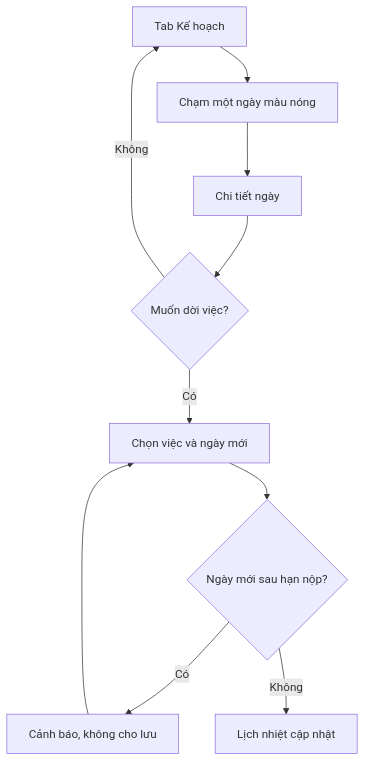
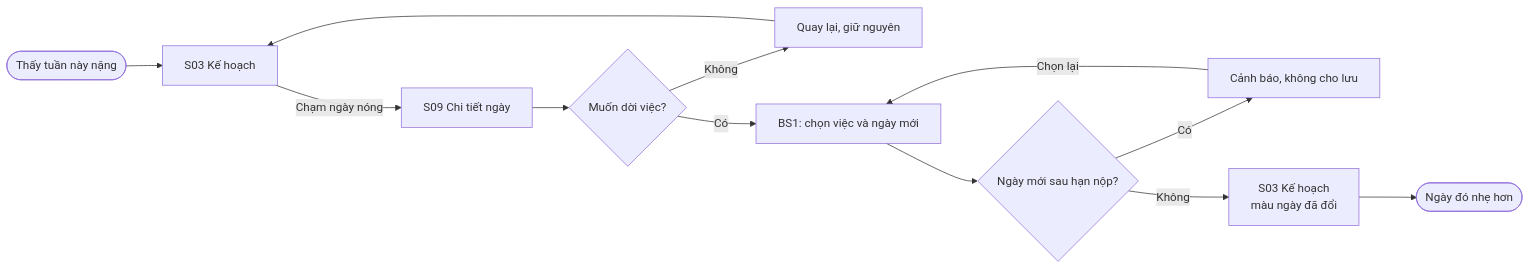
The fourth of 6 diagrams in ux/user-flow.md (FU-PRM-Projects/prm393-lab2-group9), drawn with Mermaid before and after one commit. The commit also changed other lines of this file and 7 other files, not shown here.

Commit message:
docs: sync persona, IA, design brief and handoff with Figma user flow

````diff
--- a/ux/user-flow.md
+++ b/ux/user-flow.md
@@ -56,11 +146,14 @@
 ```mermaid
-flowchart TD
-  A[Tab Kế hoạch] --> B[Chạm một ngày màu nóng]
-  B --> C[Chi tiết ngày]
-  C --> D{Muốn dời việc?}
-  D -- Không --> A
-  D -- Có --> E[Chọn việc và ngày mới]
-  E --> F{Ngày mới sau hạn nộp?}
-  F -- Có --> G[Cảnh báo, không cho lưu] --> E
-  F -- Không --> H[Lịch nhiệt cập nhật]
+flowchart LR
+  A([Thấy tuần này nặng]) --> B["S03 Kế hoạch"]
+  B -- Chạm ngày nóng --> C["S09 Chi tiết ngày"]
+  C --> D{"Muốn dời việc?"}
+  D -- Không --> E["Quay lại, giữ nguyên"]
+  E --> B
+  D -- Có --> F["BS1: chọn việc và ngày mới"]
+  F --> G{"Ngày mới sau hạn nộp?"}
+  G -- Có --> H["Cảnh báo, không cho lưu"]
+  H -- Chọn lại --> F
+  G -- Không --> I["S03 Kế hoạch<br/>màu ngày đã đổi"]
+  I --> J([Ngày đó nhẹ hơn])
 ```
````
